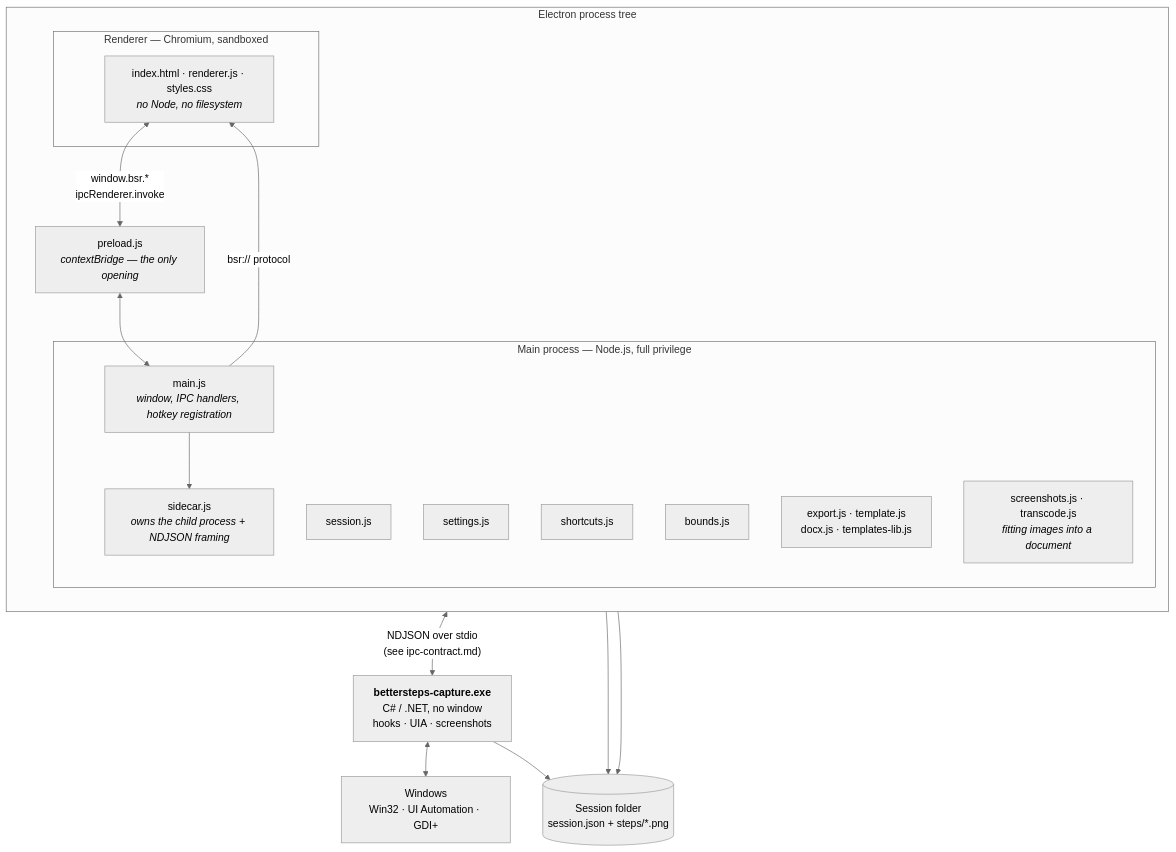
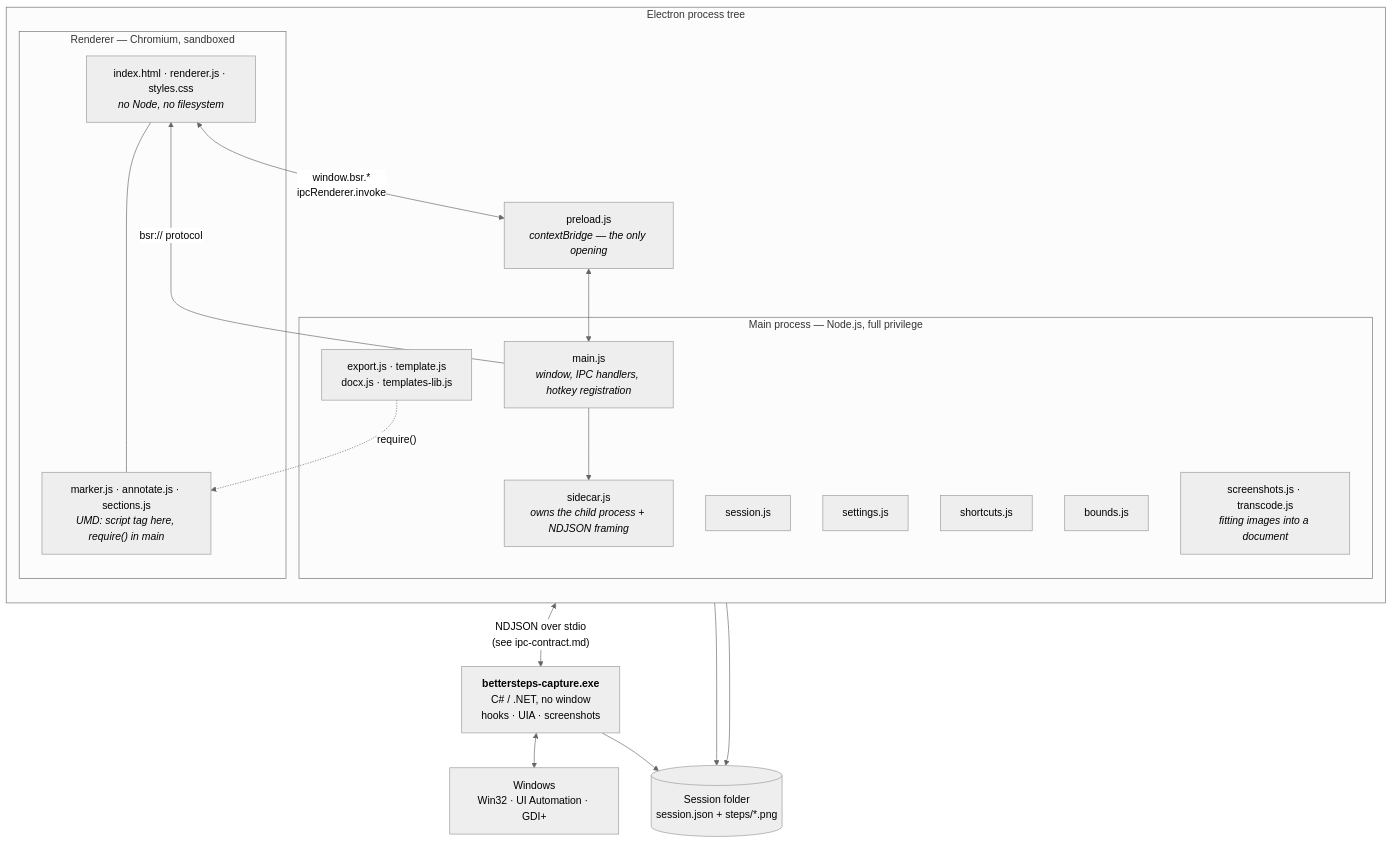
Before and after one commit to Bunbob41/BetterStepsRecorder: the diagram in docs/ENGINEERING.md, drawn with Mermaid (neutral theme). The commit also changed other lines of this file and 21 other files, not shown here.

````diff
--- a/docs/ENGINEERING.md
+++ b/docs/ENGINEERING.md
@@ -31,37 +31,40 @@
 ```mermaid
 flowchart TB
     subgraph electron["Electron process tree"]
         direction TB
         subgraph mainp["Main process — Node.js, full privilege"]
             main["main.js<br/><i>window, IPC handlers, hotkey registration</i>"]
             sidecar["sidecar.js<br/><i>owns the child process + NDJSON framing</i>"]
             session["session.js"]
             settings["settings.js"]
             shortcuts["shortcuts.js"]
             bounds["bounds.js"]
             exporters["export.js · template.js<br/>docx.js · templates-lib.js"]
             shots["screenshots.js · transcode.js<br/><i>fitting images into a document</i>"]
         end
 
         preload["preload.js<br/><i>contextBridge — the only opening</i>"]
 
         subgraph rend["Renderer — Chromium, sandboxed"]
             renderer["index.html · renderer.js · styles.css<br/><i>no Node, no filesystem</i>"]
+            shared["marker.js · annotate.js · sections.js<br/><i>UMD: script tag here, require() in main</i>"]
         end
     end
 
     engine["<b>bettersteps-capture.exe</b><br/>C# / .NET, no window<br/>hooks · UIA · screenshots"]
 
     win["Windows<br/>Win32 · UI Automation · GDI+"]
     disk[("Session folder<br/>session.json + steps/*.png")]
 
+    renderer --- shared
+    exporters -.->|"require()"| shared
     renderer <-->|"window.bsr.*<br/>ipcRenderer.invoke"| preload
     preload <--> main
     main --> sidecar
     sidecar <-->|"NDJSON over stdio<br/>(see ipc-contract.md)"| engine
     engine <--> win
     engine --> disk
     session --> disk
     main -->|"bsr:// protocol"| renderer
     exporters --> disk
 ```
````
